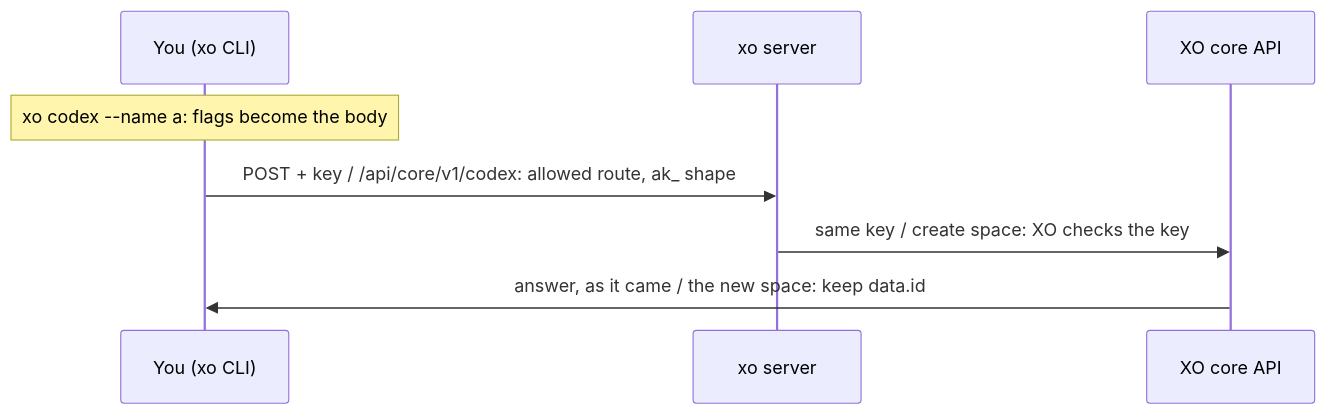
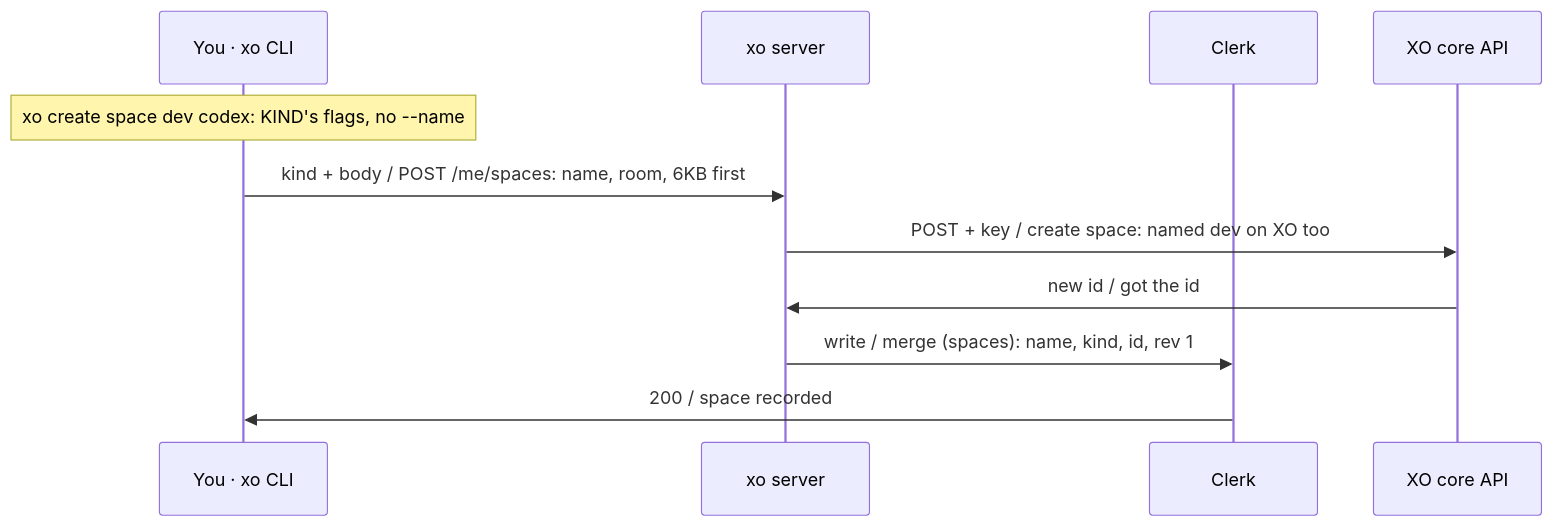
One commit to quirq-ai/xo changed the eighth of 30 diagrams in docs/architecture.md. Above: the diagram before and after it, drawn with Mermaid. The commit also changed other lines of this file and 13 other files, not shown here.

First line of the commit message:
xo create: one command for every space and project

````diff
--- a/docs/architecture.md
+++ b/docs/architecture.md
@@ -201,10 +201,13 @@
 ```mermaid
 sequenceDiagram
-  participant CLI as You (xo CLI)
-  participant Server as xo server
-  participant XO as XO core API
-  Note over CLI: xo codex --name a: flags become the body
-  CLI->>Server: POST + key / /api/core/v1/codex: allowed route, ak_ shape
-  Server->>XO: same key / create space: XO checks the key
-  XO->>CLI: answer, as it came / the new space: keep data.id
+  participant Cli as You · xo CLI
+  participant Srv as xo server
+  participant Clerk as Clerk
+  participant Xo as XO core API
+  Note over Cli: xo create space dev codex: KIND's flags, no --name
+  Cli->>Srv: kind + body / POST /me/spaces: name, room, 6KB first
+  Srv->>Xo: POST + key / create space: named dev on XO too
+  Xo->>Srv: new id / got the id
+  Srv->>Clerk: write / merge (spaces): name, kind, id, rev 1
+  Clerk->>Cli: 200 / space recorded
 ```
````
